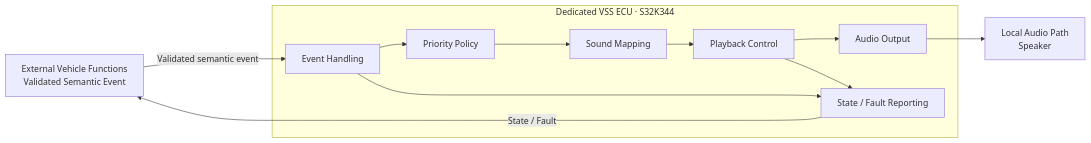
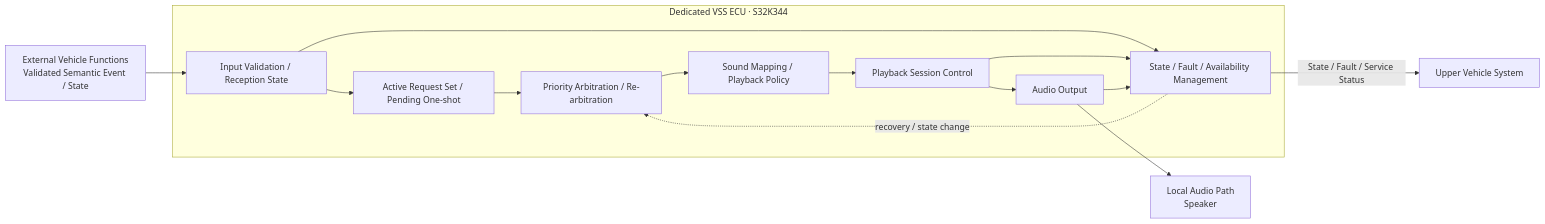
One commit to vehicle-domain-control-system/integrated-vehicle-control changed the first of 3 diagrams in docs/requirements/VSS/02_VSS_SYSRS_FUNCTIONAL_BASELINE_DRAFT.md. Above: the diagram before and after it, drawn with Mermaid. The commit also changed other lines of this file and 5 other files, not shown here.

````diff
--- a/docs/requirements/VSS/02_VSS_SYSRS_FUNCTIONAL_BASELINE_DRAFT.md
+++ b/docs/requirements/VSS/02_VSS_SYSRS_FUNCTIONAL_BASELINE_DRAFT.md
@@ -41,23 +43,27 @@
 ```mermaid
 flowchart LR
-    EXT["External Vehicle Functions<br/>Validated Semantic Event"]
+    EXT["External Vehicle Functions\nValidated Semantic Event / State"]
 
     subgraph VSS["Dedicated VSS ECU · S32K344"]
-        EH["Event Handling"]
-        PP["Priority Policy"]
-        SM["Sound Mapping"]
-        PC["Playback Control"]
+        IV["Input Validation / Reception State"]
+        AS["Active Request Set / Pending One-shot"]
+        PP["Priority Arbitration / Re-arbitration"]
+        SM["Sound Mapping / Playback Policy"]
+        PC["Playback Session Control"]
         AO["Audio Output"]
-        SR["State / Fault Reporting"]
+        FD["State / Fault / Availability Management"]
 
-        EH --> PP --> SM --> PC --> AO
-        EH --> SR
-        PC --> SR
+        IV --> AS --> PP --> SM --> PC --> AO
+        IV --> FD
+        PC --> FD
+        AO --> FD
+        FD -. recovery / state change .-> PP
     end
 
-    SPK["Local Audio Path<br/>Speaker"]
+    SPK["Local Audio Path\nSpeaker"]
+    UPPER["Upper Vehicle System"]
 
-    EXT -->|"Validated semantic event"| EH
+    EXT --> IV
     AO --> SPK
-    SR -->|"State / Fault"| EXT
+    FD -->|"State / Fault / Service Status"| UPPER
 ```
````
